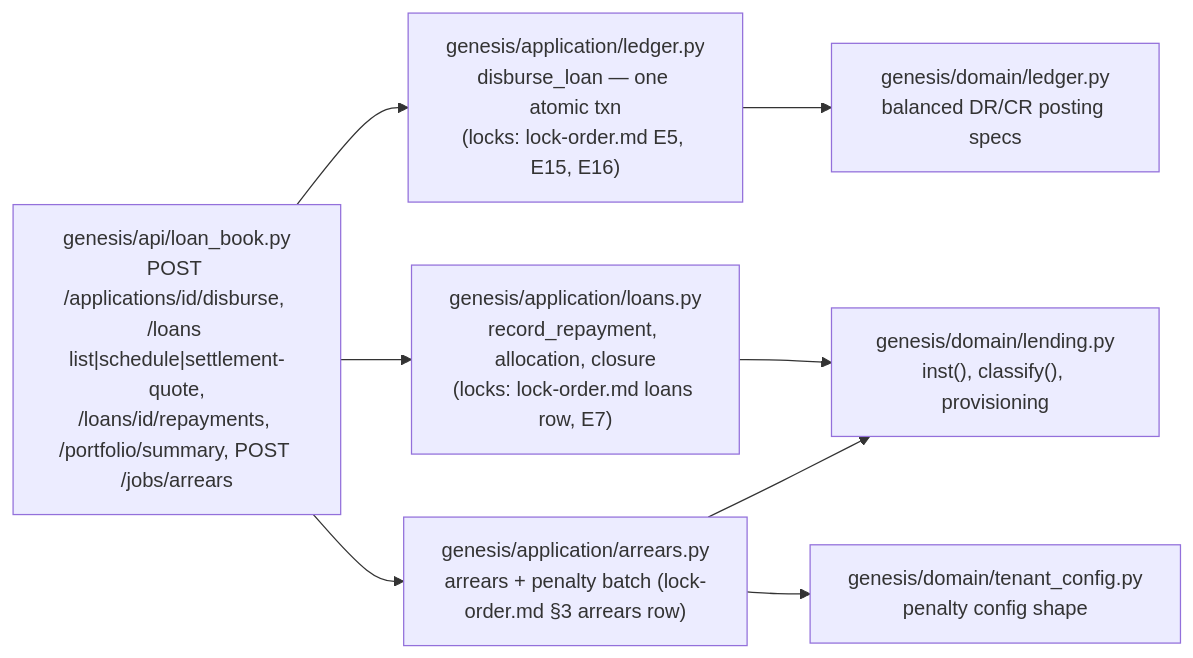
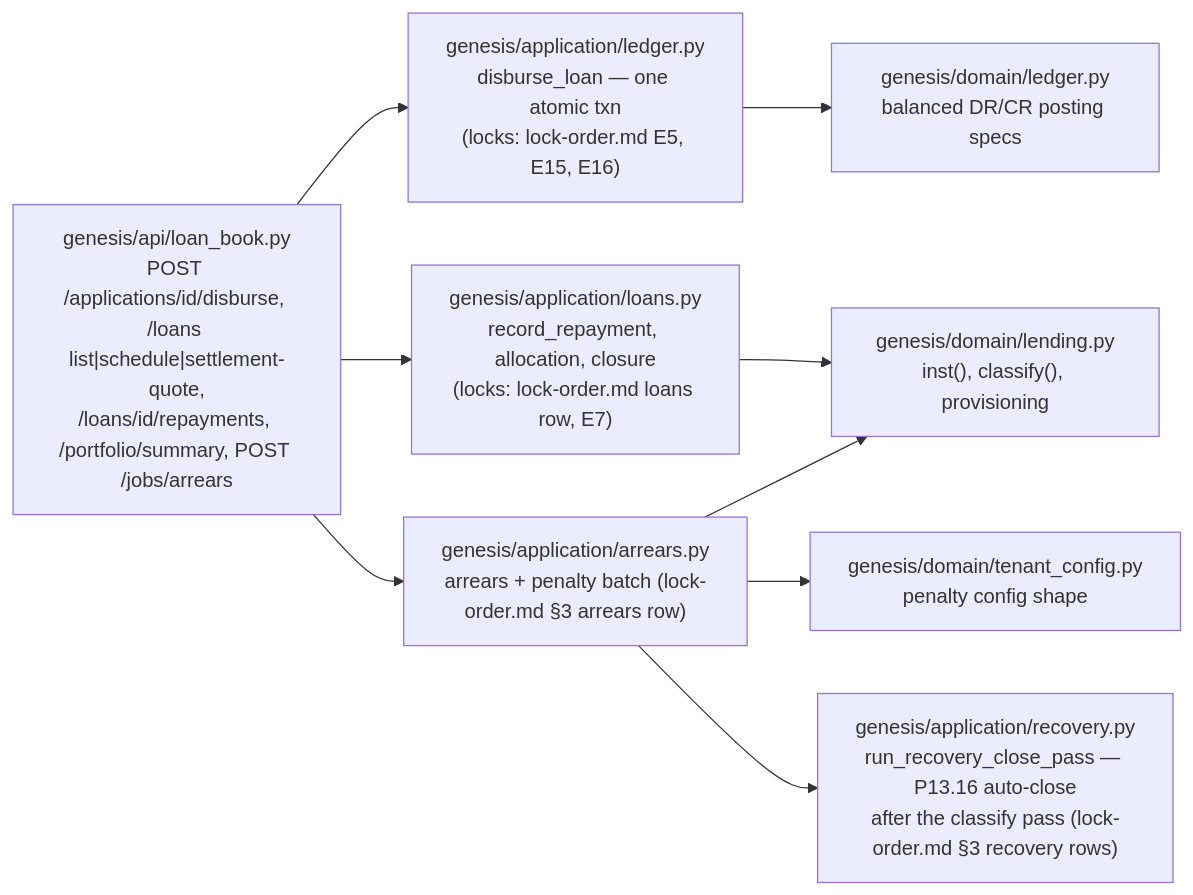
The eighth of 21 diagrams in docs/diagrams/c4-component.md (Benson-Kim/genesis-sacco), drawn with Mermaid before and after one commit. The commit also changed other lines of this file and 1 other file, not shown here.

First line of the commit message:
docs(diagrams): C4 L3 — add corrections (19) + recovery (20) router groups; pin function claims in c4-spot-check

````diff
--- a/docs/diagrams/c4-component.md
+++ b/docs/diagrams/c4-component.md
@@ -110,10 +113,11 @@
 ```mermaid
 flowchart LR
     R7["genesis/api/loan_book.py<br/>POST /applications/id/disburse, /loans list|schedule|settlement-quote,<br/>/loans/id/repayments, /portfolio/summary, POST /jobs/arrears"] --> S7A["genesis/application/ledger.py<br/>disburse_loan — one atomic txn<br/>(locks: lock-order.md E5, E15, E16)"]
     R7 --> S7B["genesis/application/loans.py<br/>record_repayment, allocation, closure<br/>(locks: lock-order.md loans row, E7)"]
     R7 --> S7C["genesis/application/arrears.py<br/>arrears + penalty batch (lock-order.md §3 arrears row)"]
     S7A --> D7A["genesis/domain/ledger.py<br/>balanced DR/CR posting specs"]
     S7B --> D7B["genesis/domain/lending.py<br/>inst(), classify(), provisioning"]
     S7C --> D7B
     S7C --> D7C["genesis/domain/tenant_config.py<br/>penalty config shape"]
+    S7C --> S7D["genesis/application/recovery.py<br/>run_recovery_close_pass — P13.16 auto-close<br/>after the classify pass (lock-order.md §3 recovery rows)"]
 ```
````
